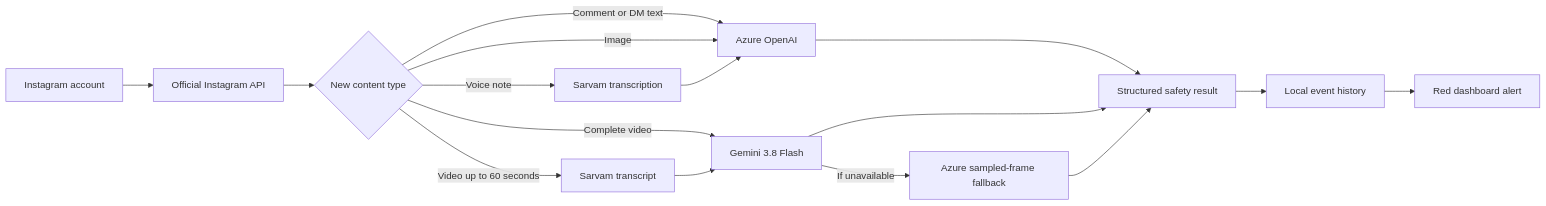
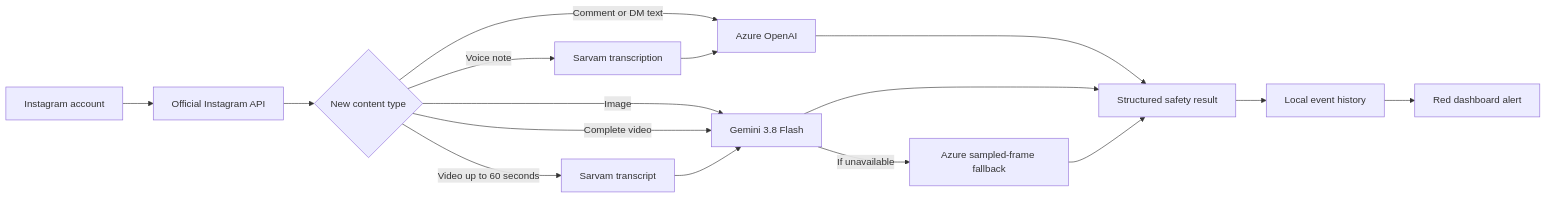
Before and after one commit to beyondmarks-ai/Cyberbullying: the diagram in README.md, drawn with Mermaid. The commit also changed other lines of this file and 9 other files, not shown here.

````diff
--- a/README.md
+++ b/README.md
@@ -27,18 +28,18 @@
 ```mermaid
 flowchart LR
     A[Instagram account] --> B[Official Instagram API]
     B --> C{New content type}
     C -->|Comment or DM text| D[Azure OpenAI]
-    C -->|Image| D
+    C -->|Image| G
     C -->|Voice note| E[Sarvam transcription]
     E --> D
     C -->|Video up to 60 seconds| F[Sarvam transcript]
     C -->|Complete video| G[Gemini 3.8 Flash]
     F --> G
     G -->|If unavailable| H[Azure sampled-frame fallback]
     D --> I[Structured safety result]
     G --> I
     H --> I
     I --> J[Local event history]
     J --> K[Red dashboard alert]
 ```
````
